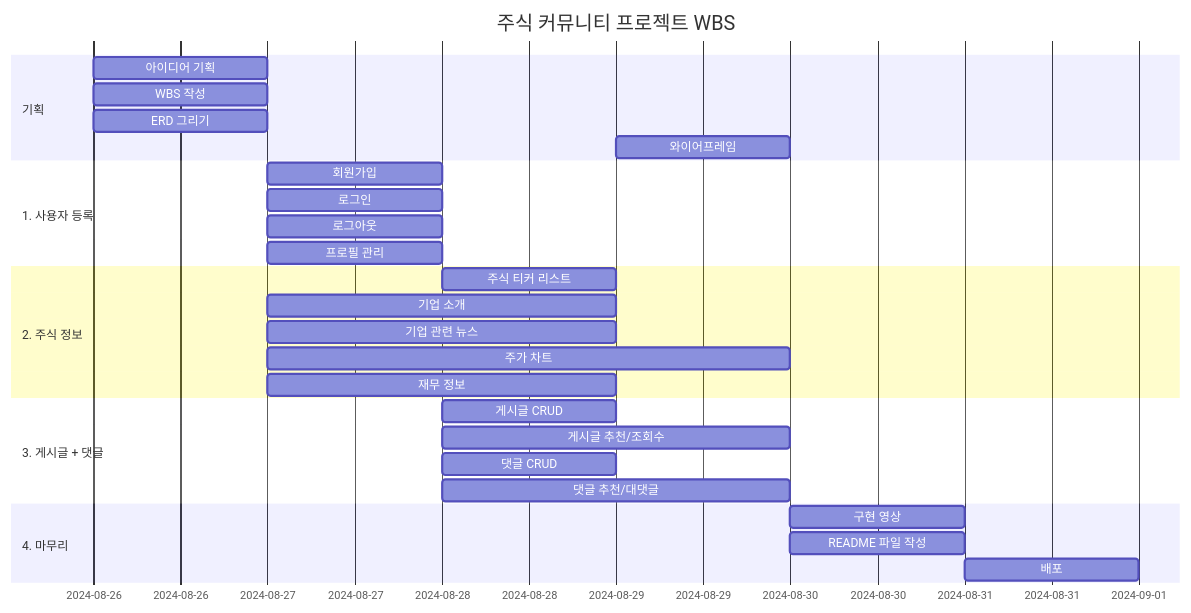
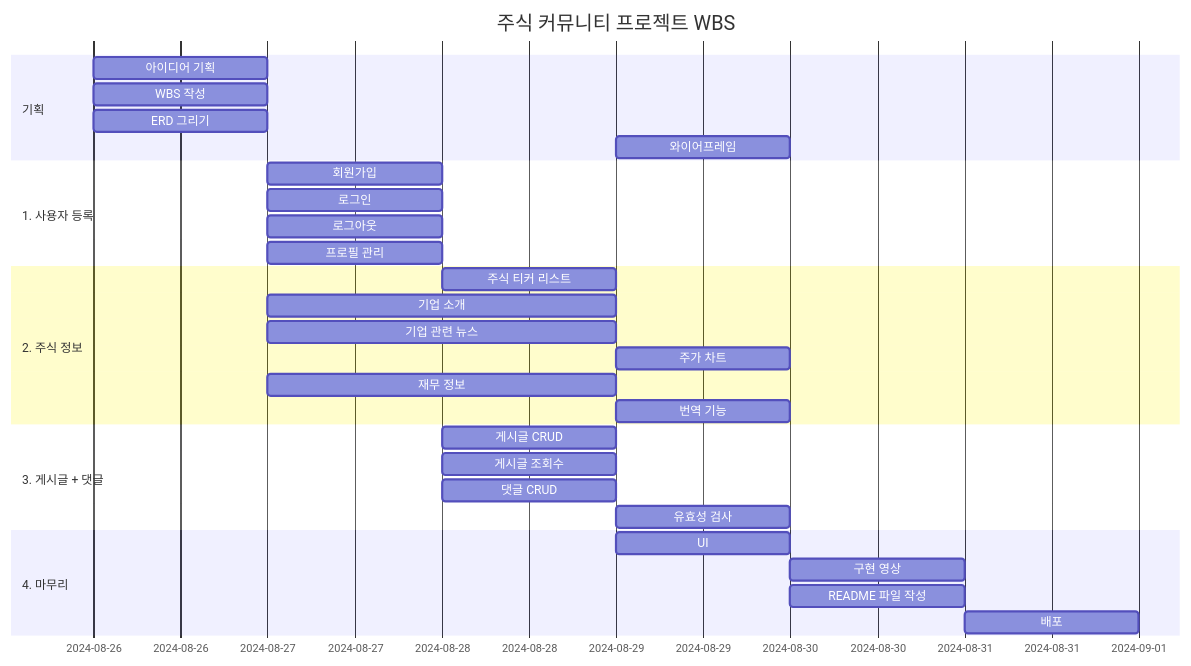
Before and after one commit to Donggyu-Kim1/stalk: the first of 3 diagrams in README.md, drawn with Mermaid. The commit also changed other lines of this file, not shown here.

````diff
--- a/README.md
+++ b/README.md
@@ -187,35 +188,37 @@
 ```mermaid
 gantt
     title 주식 커뮤니티 프로젝트 WBS
     dateFormat  YYYY-MM-DD HH:mm
 
     section 기획
     아이디어 기획      :2024-08-26, 1d
     WBS 작성          :2024-08-26, 1d
     ERD 그리기         :2024-08-26, 1d
     와이어프레임        :2024-08-29, 1d
 
     section 1. 사용자 등록
     회원가입           :2024-08-27, 1d
     로그인             :2024-08-27, 1d
     로그아웃           :2024-08-27, 1d
     프로필 관리         :2024-08-27, 1d
 
     section 2. 주식 정보
     주식 티커 리스트     :2024-08-28, 1d
     기업 소개          :2024-08-27, 2d
     기업 관련 뉴스      :2024-08-27, 2d
-    주가 차트          :2024-08-27, 3d
+    주가 차트          :2024-08-29, 1d
     재무 정보          :2024-08-27, 2d
+    번역 기능          :2024-08-29, 1d
 
     section 3. 게시글 + 댓글
     게시글 CRUD        :2024-08-28, 1d
-    게시글 추천/조회수   :2024-08-28, 2d
+    게시글 조회수       :2024-08-28, 1d
     댓글 CRUD          :2024-08-28, 1d
-    댓글 추천/대댓글     :2024-08-28, 2d
+    유효성 검사        :2024-08-29, 1d
 
     section 4. 마무리
+    UI                :2024-08-29, 1d
     구현 영상          :2024-08-30, 1d
     README 파일 작성   :2024-08-30, 1d
     배포              :2024-08-31, 1d
 ```
````
